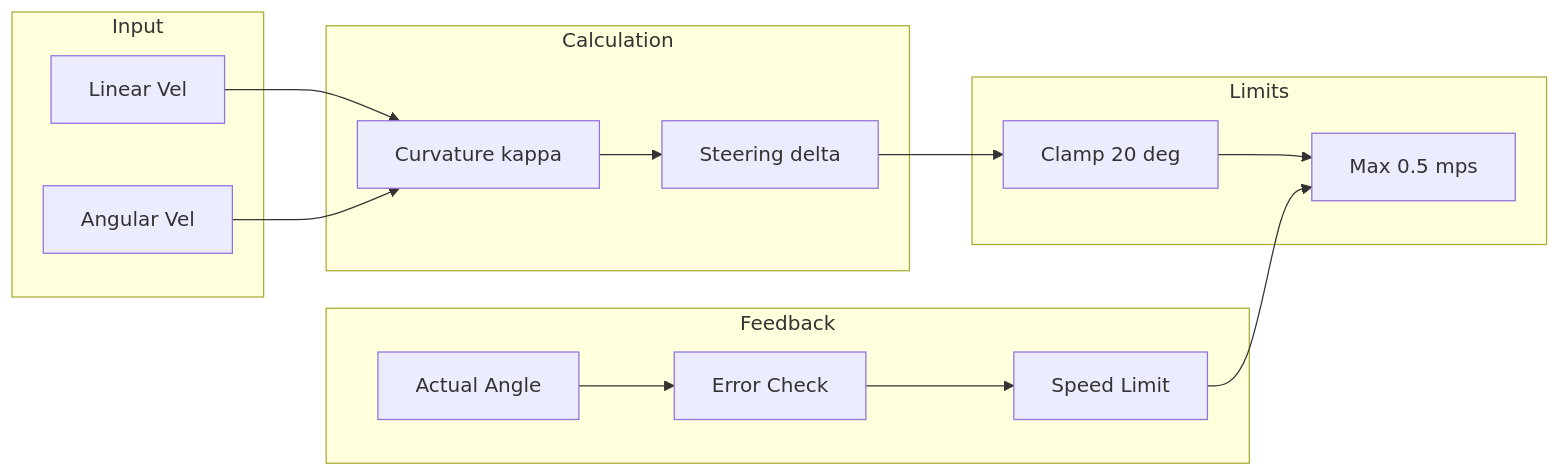
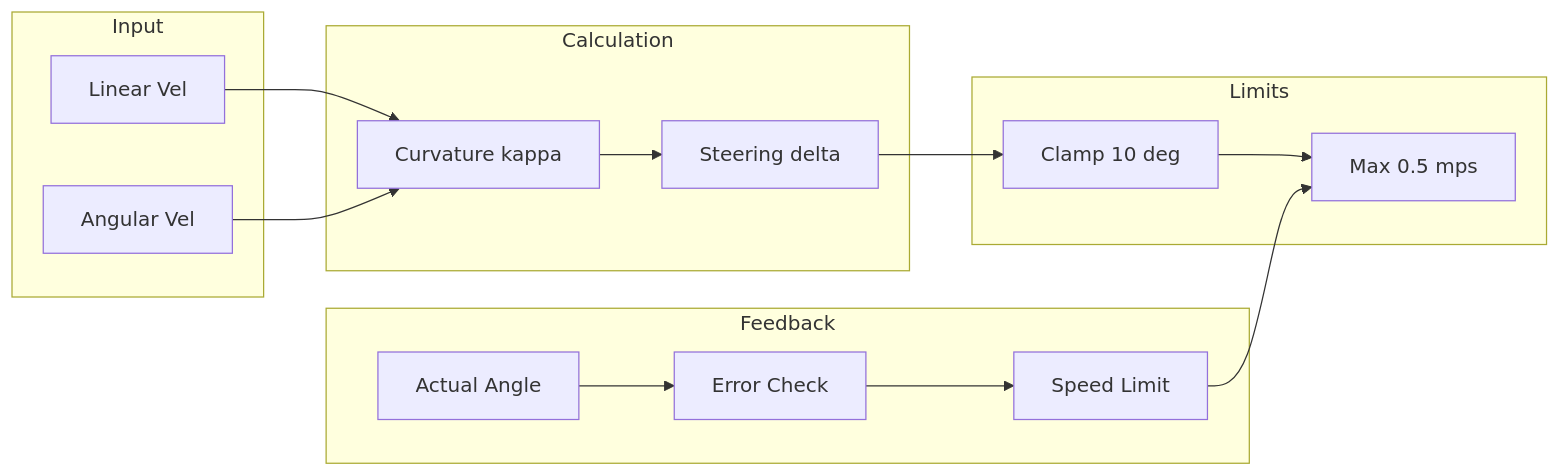
Before and after one commit to KashmeeraTT/Ackerman_UGV: diagram 12 of 13 in SYSTEM_DOCUMENTATION.md, drawn with Mermaid. The commit also changed other lines of this file and 32 other files, not shown here.

````diff
--- a/SYSTEM_DOCUMENTATION.md
+++ b/SYSTEM_DOCUMENTATION.md
@@ -563,32 +563,32 @@
 ```mermaid
 graph LR
     subgraph Input[Input]
         V[Linear Vel]
         W[Angular Vel]
     end
     
     subgraph Calc[Calculation]
         K[Curvature kappa]
         D[Steering delta]
     end
     
     subgraph Limits[Limits]
-        CLAMP[Clamp 20 deg]
+        CLAMP[Clamp 10 deg]
         VMAX[Max 0.5 mps]
     end
     
     subgraph Feedback[Feedback]
         SA[Actual Angle]
         ERR[Error Check]
         SLOW[Speed Limit]
     end
     
     V --> K
     W --> K
     K --> D
     D --> CLAMP
     CLAMP --> VMAX
     SA --> ERR
     ERR --> SLOW
     SLOW --> VMAX
 ```
````
